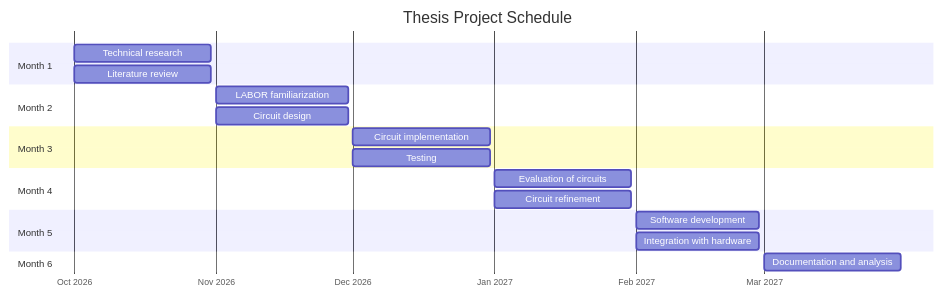
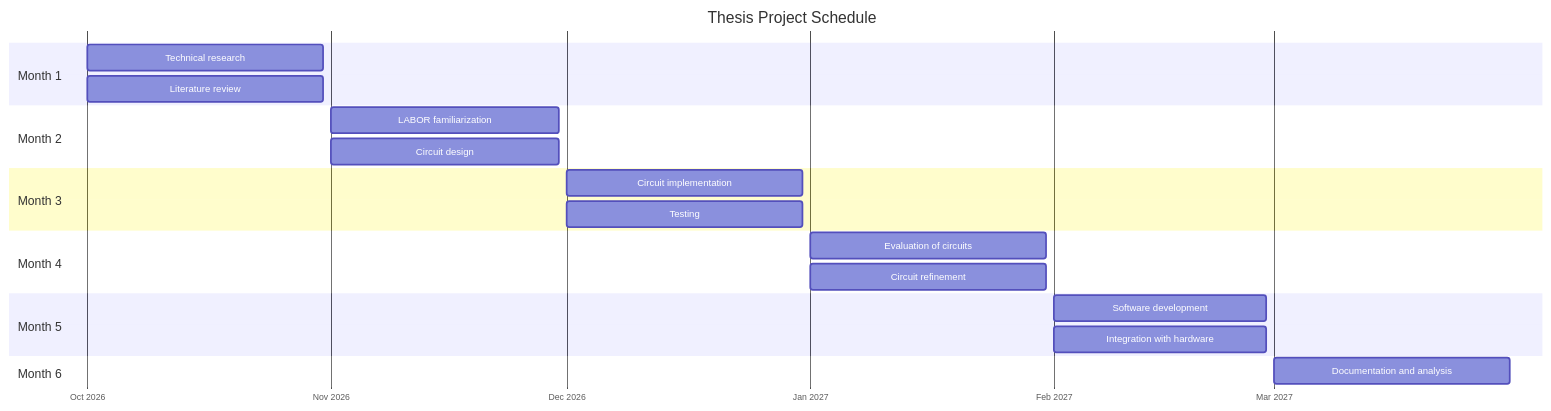
The diagram in anu-thesis/chapter1.qmd (psai-harshita/MasterarbeitSynthCkts), drawn with Mermaid before and after one commit.

Commit message:
Updated with changes

````diff
--- a/anu-thesis/chapter1.qmd
+++ b/anu-thesis/chapter1.qmd
@@ -127,34 +127,45 @@
 ```{mermaid}
 %%| label: fig-gantt
 %%| fig-cap: "Project timeline of the thesis work"
+%%{init: {
+  'gantt': {
+    'useWidth': 1800,
+    'useMaxWidth': false,
+    'fontSize': 11,
+    'sectionFontSize': 14,
+    'barHeight': 30,
+    'barGap': 6,
+    'leftPadding': 90
+  }
+}}%%
 gantt
     title Thesis Project Schedule
     dateFormat  YYYY-MM-DD
     axisFormat  %b %Y
     todayMarker off
 
     section Month 1
     Technical research    :a1, 2026-10-01, 2026-10-31
     Literature review     :a2, 2026-10-01, 2026-10-31
 
     section Month 2
     LABOR familiarization  :b1, 2026-11-01, 2026-11-30
     Circuit design  :b2, 2026-11-01, 2026-11-30
 
     section Month 3
     Circuit implementation  :c1, 2026-12-01, 2026-12-31
     Testing :c2, 2026-12-01, 2026-12-31
 
     section Month 4    
     Evaluation of circuits   :d1, 2027-01-01, 2027-01-31                    
     Circuit refinement     :d2, 2027-01-01, 2027-01-31
     
 
     section Month 5
     Software development   :e1, 2027-02-01, 2027-02-28
     Integration with hardware  :e2, 2027-02-01, 2027-02-28
 
     section Month 6
     Documentation and analysis   :f1, 2027-03-01, 2027-03-31
-    
+
 ```
````
